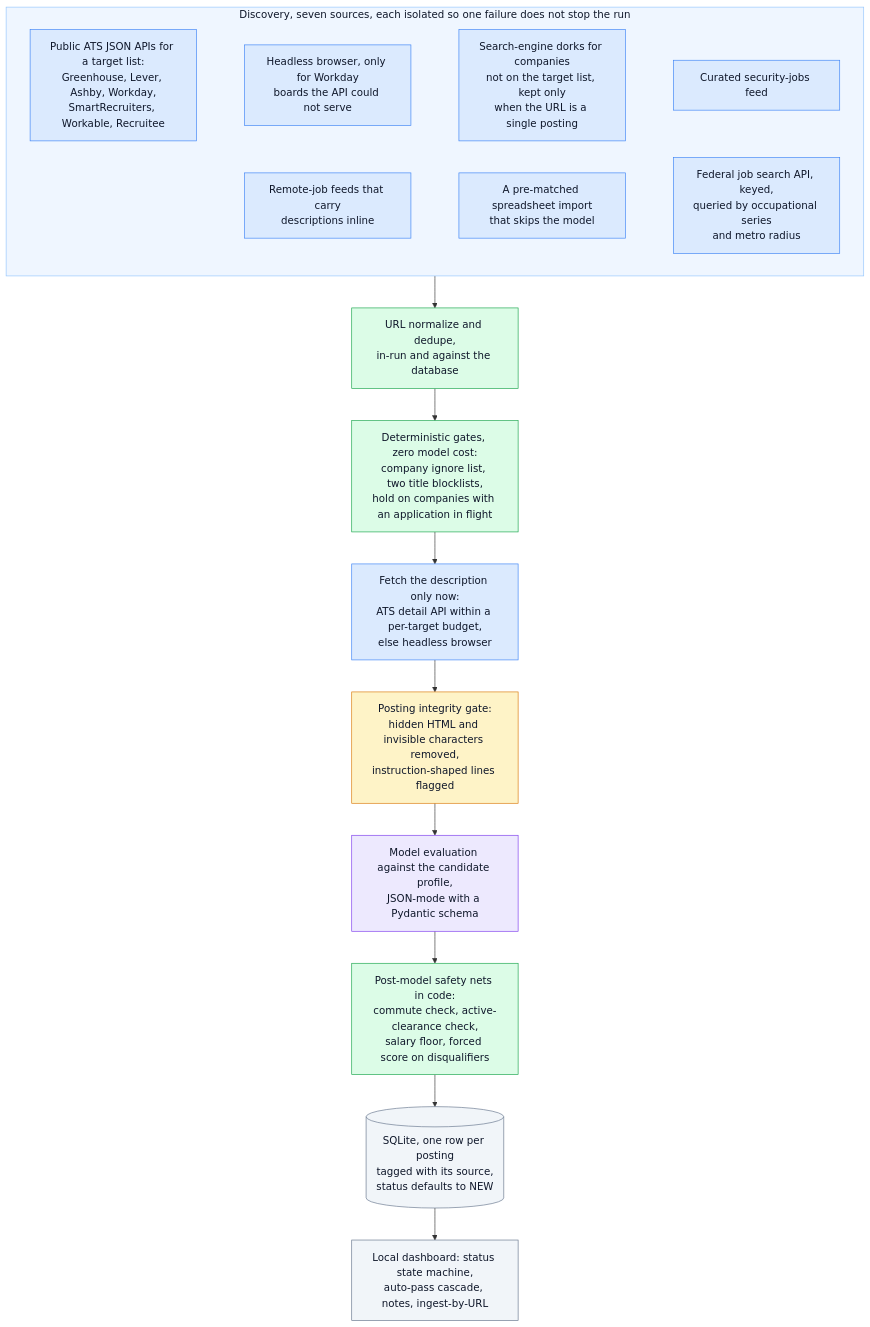
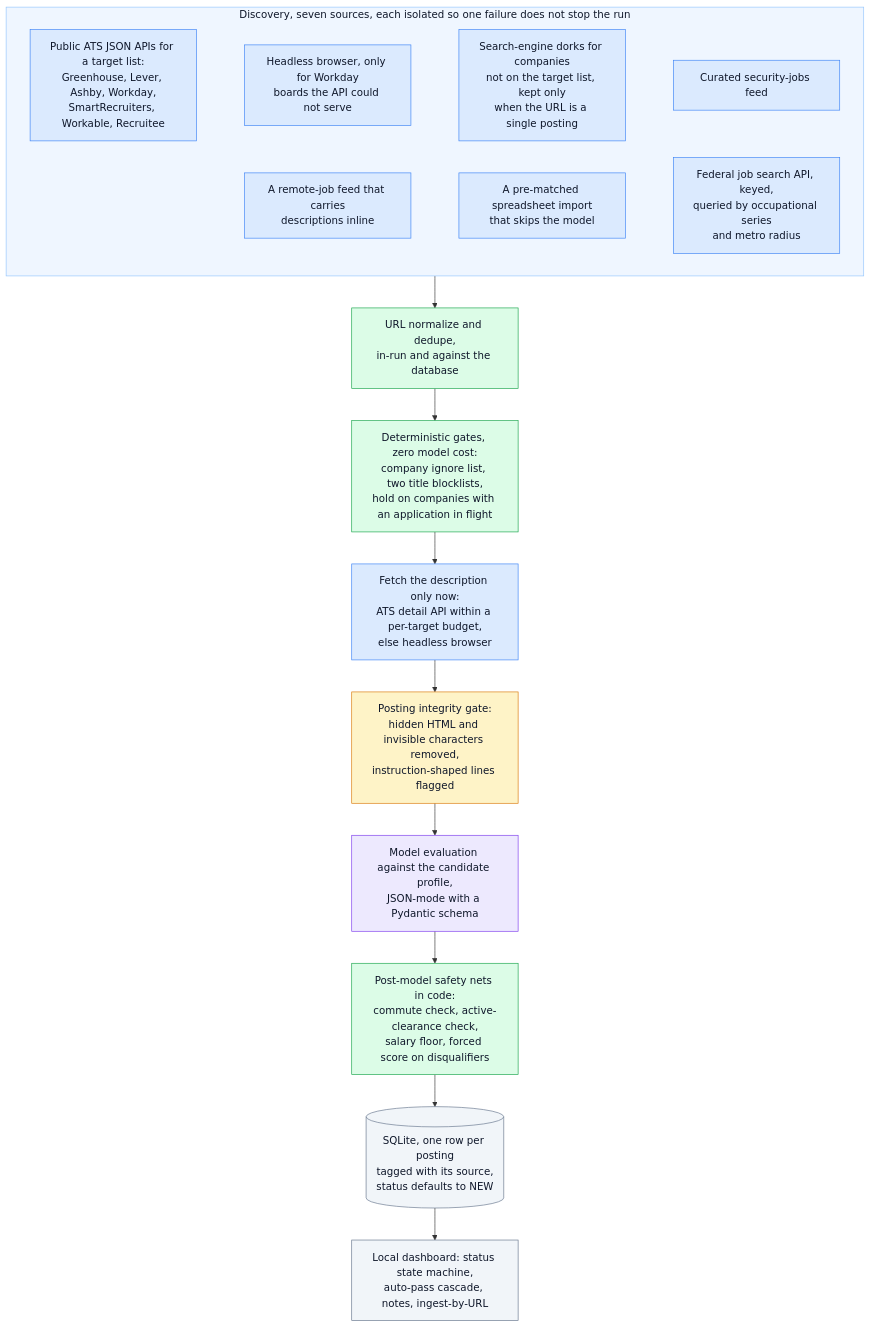
One commit to nguyenaax/job-meets-resume changed the diagram in README.md. Above: the diagram before and after it, drawn with Mermaid. The commit also changed 1 other file, not shown here.

Commit message:
Document one remote-job feed in Phase 5

````diff
--- a/README.md
+++ b/README.md
@@ -19,56 +19,56 @@
 ```mermaid
 flowchart TD
   subgraph DISCOVER["Discovery, seven sources, each isolated so one failure does not stop the run"]
     S1["Public ATS JSON APIs for a target list:
 Greenhouse, Lever, Ashby, Workday,
 SmartRecruiters, Workable, Recruitee"]
     S2["Headless browser, only for Workday
 boards the API could not serve"]
     S3["Search-engine dorks for companies
 not on the target list, kept only
 when the URL is a single posting"]
     S4["Curated security-jobs feed"]
-    S5["Remote-job feeds that carry
+    S5["A remote-job feed that carries
 descriptions inline"]
     S6["A pre-matched spreadsheet import
 that skips the model"]
     S7["Federal job search API, keyed,
 queried by occupational series
 and metro radius"]
     S1 ~~~ S2 ~~~ S3 ~~~ S4
     S5 ~~~ S6 ~~~ S7
   end
   DISCOVER --> N["URL normalize and dedupe,
 in-run and against the database"]
   N --> G0["Deterministic gates, zero model cost:
 company ignore list, two title blocklists,
 hold on companies with an application in flight"]
   G0 --> F["Fetch the description only now:
 ATS detail API within a per-target budget,
 else headless browser"]
   F --> PG["Posting integrity gate:
 hidden HTML and invisible characters removed,
 instruction-shaped lines flagged"]
   PG --> LLM["Model evaluation against the candidate profile,
 JSON-mode with a Pydantic schema"]
   LLM --> POST["Post-model safety nets in code:
 commute check, active-clearance check,
 salary floor, forced score on disqualifiers"]
   POST --> DB[("SQLite, one row per posting
 tagged with its source,
 status defaults to NEW")]
   DB --> UI["Local dashboard: status state machine,
 auto-pass cascade, notes, ingest-by-URL"]
 
   classDef io fill:#dbeafe,stroke:#3b82f6,color:#0f172a
   classDef det fill:#dcfce7,stroke:#16a34a,color:#0f172a
   classDef guard fill:#fef3c7,stroke:#d97706,color:#0f172a
   classDef model fill:#ede9fe,stroke:#7c3aed,color:#0f172a
   classDef store fill:#f1f5f9,stroke:#64748b,color:#0f172a
   class S1,S2,S3,S4,S5,S6,S7,F io
   class N,G0,POST det
   class PG guard
   class LLM model
   class DB,UI store
   style DISCOVER fill:#eff6ff,stroke:#93c5fd,color:#0f172a
 ```
````
